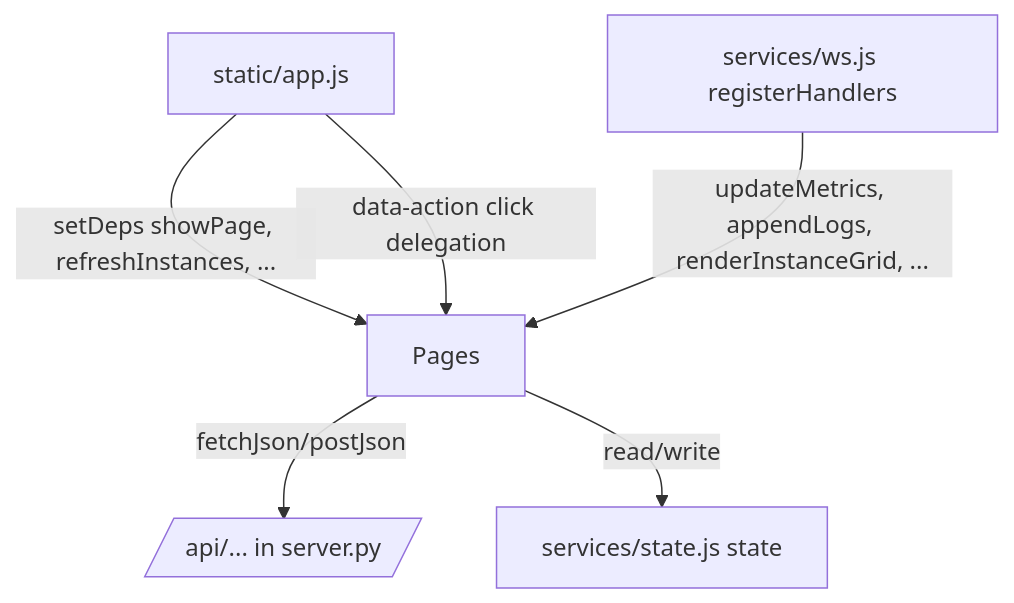
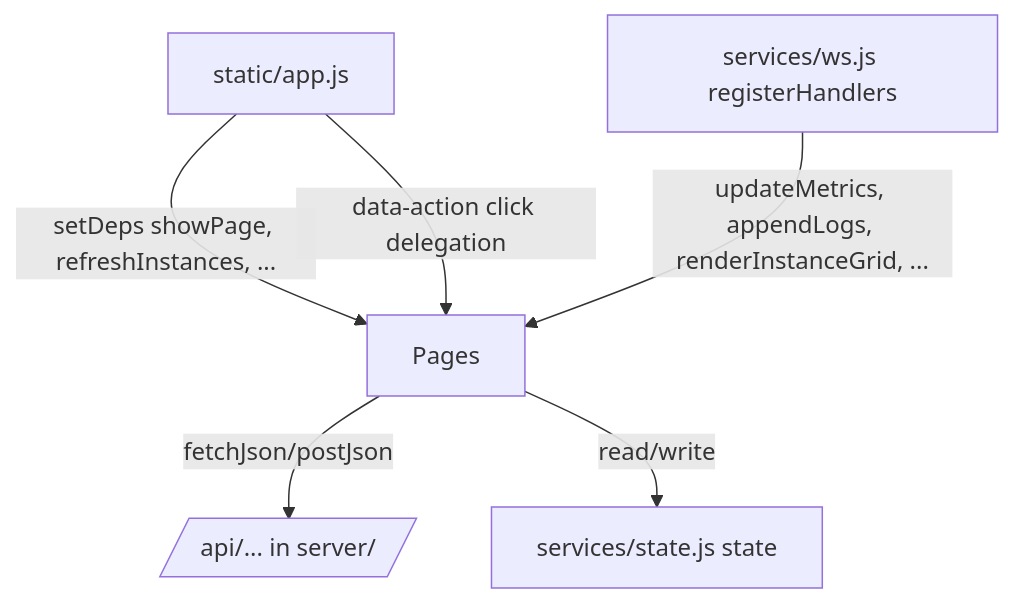
The diagram in src/fsm_llm/monitor/static/pages/AGENTS.md (NikolasMarkou/fsm_llm), drawn with Mermaid before and after one commit. The commit also changed other lines of this file and 39 other files, not shown here.

````diff
--- a/src/fsm_llm/monitor/static/pages/AGENTS.md
+++ b/src/fsm_llm/monitor/static/pages/AGENTS.md
@@ -14,8 +14,8 @@
 ```mermaid
 flowchart TD
     App[static/app.js] -- setDeps showPage, refreshInstances, ... --> Pages
     App -- data-action click delegation --> Pages
     WS[services/ws.js registerHandlers] -- updateMetrics, appendLogs, renderInstanceGrid, ... --> Pages
-    Pages -- fetchJson/postJson --> API[/api/... in server.py/]
+    Pages -- fetchJson/postJson --> API[/api/... in server//]
     Pages -- read/write --> State[services/state.js state]
 ```
````
